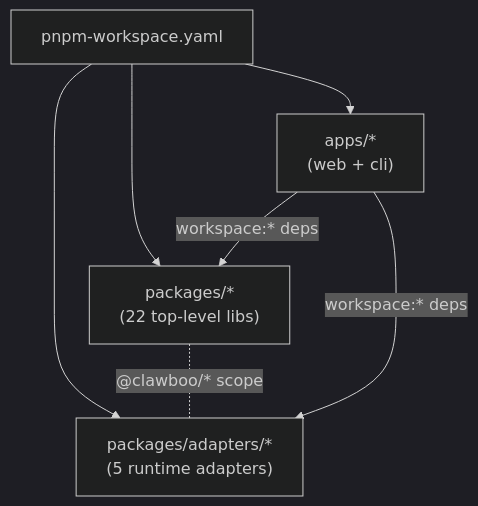
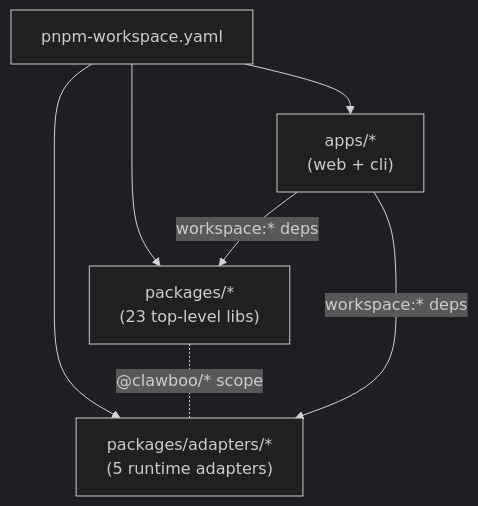
The first of 2 diagrams in docs/internals/monorepo-and-build.md (clawboo/clawboo), drawn with Mermaid (dark theme) before and after one commit. The commit also changed other lines of this file and 26 other files, not shown here.

````diff
--- a/docs/internals/monorepo-and-build.md
+++ b/docs/internals/monorepo-and-build.md
@@ -32,10 +46,10 @@
 ```mermaid
 graph TD
   root["pnpm-workspace.yaml"]
-  root --> p["packages/*<br/>(22 top-level libs)"]
+  root --> p["packages/*<br/>(23 top-level libs)"]
   root --> a["packages/adapters/*<br/>(5 runtime adapters)"]
   root --> apps["apps/*<br/>(web + cli)"]
   p -. "@clawboo/* scope" .- a
   apps -- "workspace:* deps" --> p
   apps -- "workspace:* deps" --> a
 ```
````
